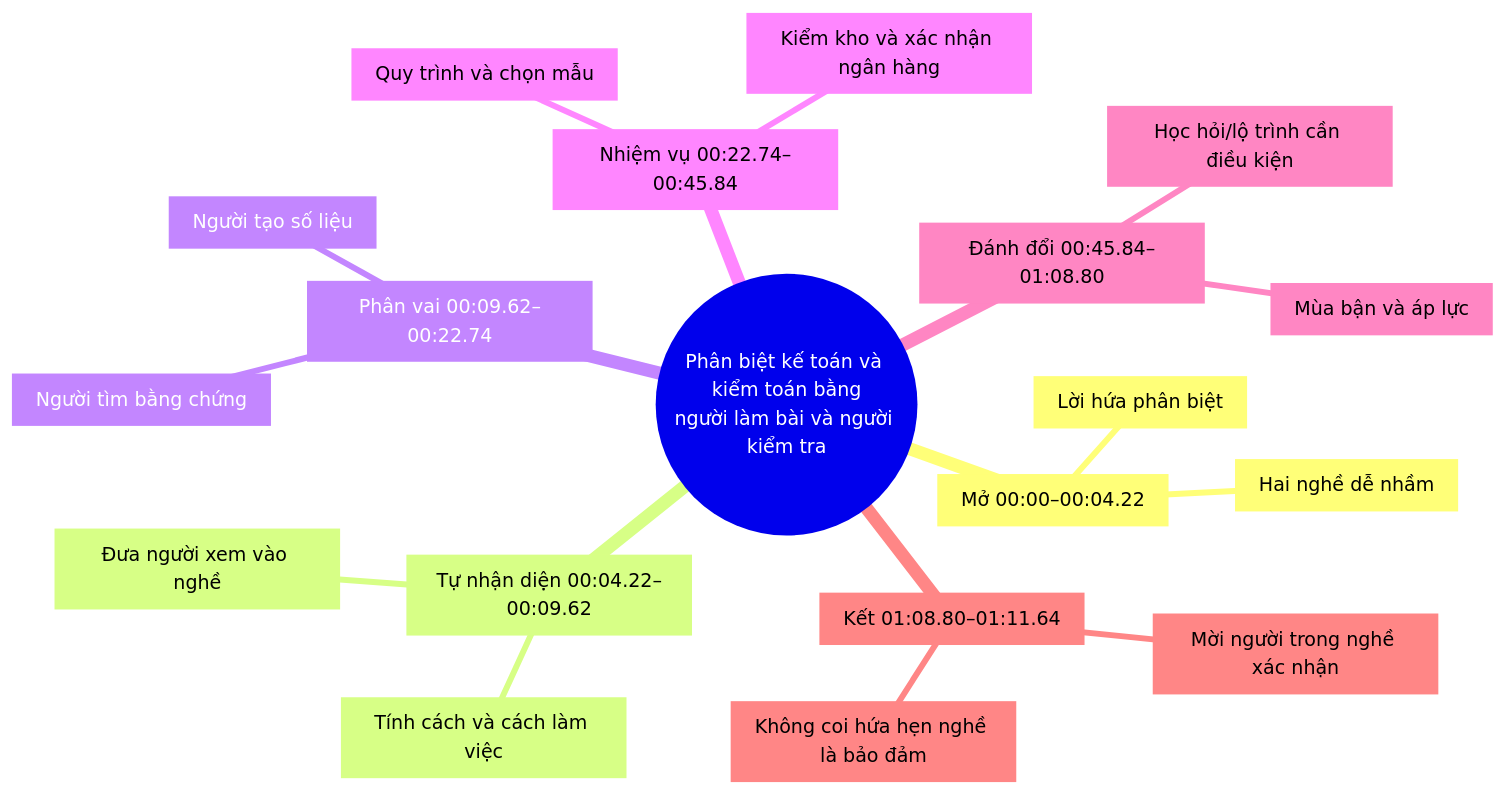
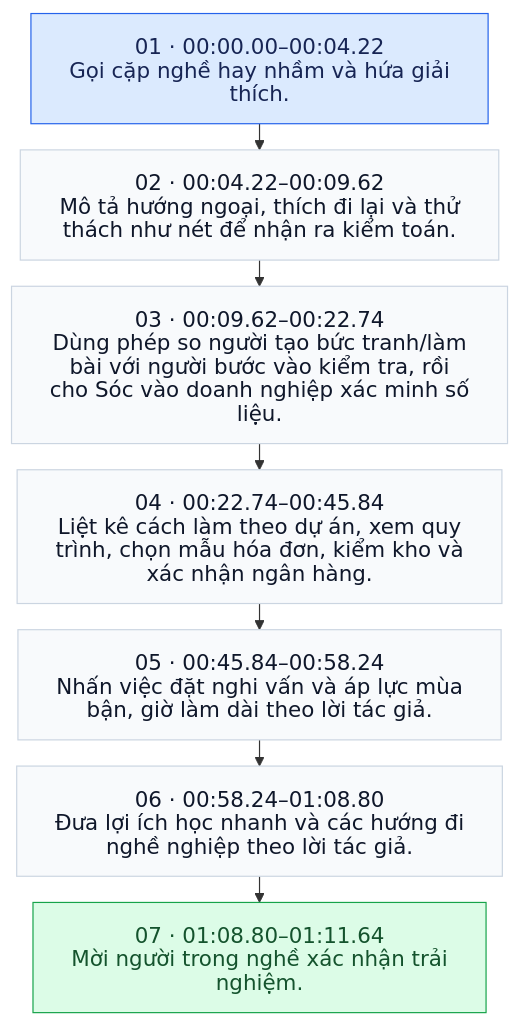
One commit to vilo0411/hook-script-kit changed the diagram in skills/hook-script/references/corpus/cases/7664269289972698376.md. Above: the diagram before and after it, drawn with Mermaid. The commit also changed other lines of this file and 103 other files, not shown here.

Commit message:
Diversify Vietnamese clip sources and replace radial maps with story flows

````diff
--- a/skills/hook-script/references/corpus/cases/7664269289972698376.md
+++ b/skills/hook-script/references/corpus/cases/7664269289972698376.md
@@ -131,22 +17,23 @@
 ```mermaid
-mindmap
-  root((Phân biệt kế toán và kiểm toán bằng<br/>người làm bài và người kiểm tra))
-    b0["Mở 00:00–00:04.22"]
-      b0c0["Hai nghề dễ nhầm"]
-      b0c1["Lời hứa phân biệt"]
-    b1["Tự nhận diện 00:04.22–00:09.62"]
-      b1c0["Tính cách và cách làm việc"]
-      b1c1["Đưa người xem vào nghề"]
-    b2["Phân vai 00:09.62–00:22.74"]
-      b2c0["Người tạo số liệu"]
-      b2c1["Người tìm bằng chứng"]
-    b3["Nhiệm vụ 00:22.74–00:45.84"]
-      b3c0["Quy trình và chọn mẫu"]
-      b3c1["Kiểm kho và xác nhận ngân hàng"]
-    b4["Đánh đổi 00:45.84–01:08.80"]
-      b4c0["Mùa bận và áp lực"]
-      b4c1["Học hỏi/lộ trình cần điều kiện"]
-    b5["Kết 01:08.80–01:11.64"]
-      b5c0["Mời người trong nghề xác nhận"]
-      b5c1["Không coi hứa hẹn nghề là bảo đảm"]
+%%{init: {"htmlLabels": false, "themeVariables": {"fontSize": "18px"}, "flowchart": {"padding": 16, "rankSpacing": 22, "wrappingWidth": 360}}}%%
+flowchart TD
+  n0["01 · 00:00.00–00:04.22<br/>Gọi cặp nghề hay nhầm và hứa giải<br/>thích."]
+  n1["02 · 00:04.22–00:09.62<br/>Mô tả hướng ngoại, thích đi lại và thử<br/>thách như nét để nhận ra kiểm toán."]
+  n0 --> n1
+  n2["03 · 00:09.62–00:22.74<br/>Dùng phép so người tạo bức tranh/làm<br/>bài với người bước vào kiểm tra, rồi<br/>cho Sóc vào doanh nghiệp xác minh số<br/>liệu."]
+  n1 --> n2
+  n3["04 · 00:22.74–00:45.84<br/>Liệt kê cách làm theo dự án, xem quy<br/>trình, chọn mẫu hóa đơn, kiểm kho và<br/>xác nhận ngân hàng."]
+  n2 --> n3
+  n4["05 · 00:45.84–00:58.24<br/>Nhấn việc đặt nghi vấn và áp lực mùa<br/>bận, giờ làm dài theo lời tác giả."]
+  n3 --> n4
+  n5["06 · 00:58.24–01:08.80<br/>Đưa lợi ích học nhanh và các hướng đi<br/>nghề nghiệp theo lời tác giả."]
+  n4 --> n5
+  n6["07 · 01:08.80–01:11.64<br/>Mời người trong nghề xác nhận trải<br/>nghiệm."]
+  n5 --> n6
+  classDef phase fill:#F8FAFC,stroke:#CBD5E1,color:#0F172A,font-size:18px;
+  classDef opening fill:#DBEAFE,stroke:#2563EB,color:#172554,font-size:18px;
+  classDef ending fill:#DCFCE7,stroke:#16A34A,color:#14532D,font-size:18px;
+  class n0,n1,n2,n3,n4,n5,n6 phase;
+  class n0 opening;
+  class n6 ending;
 ```
````
